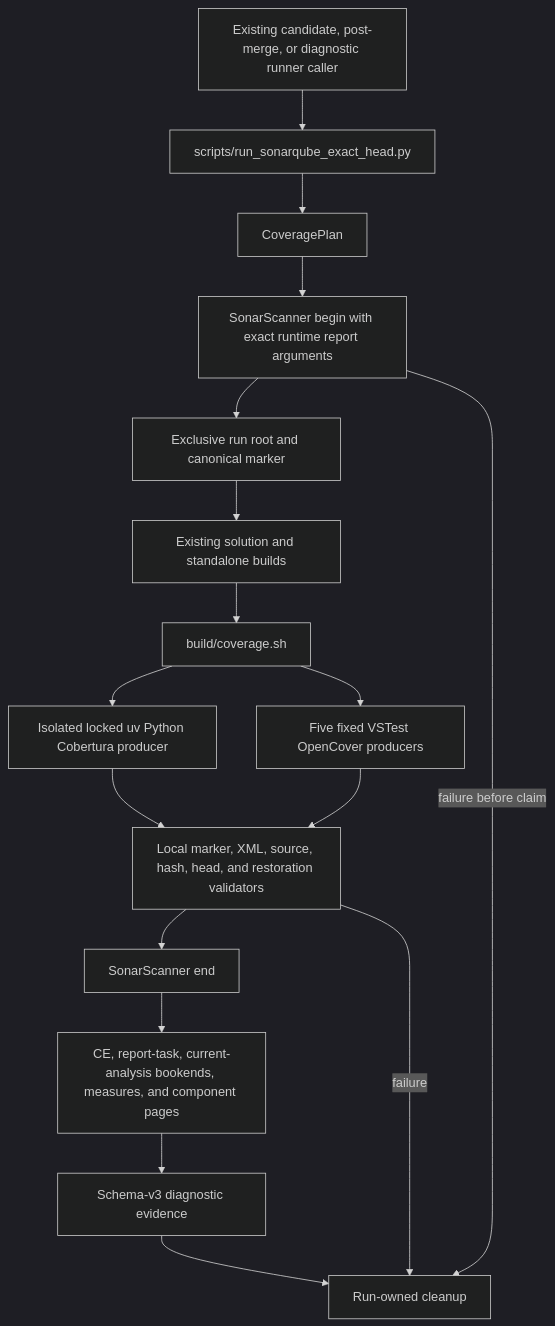
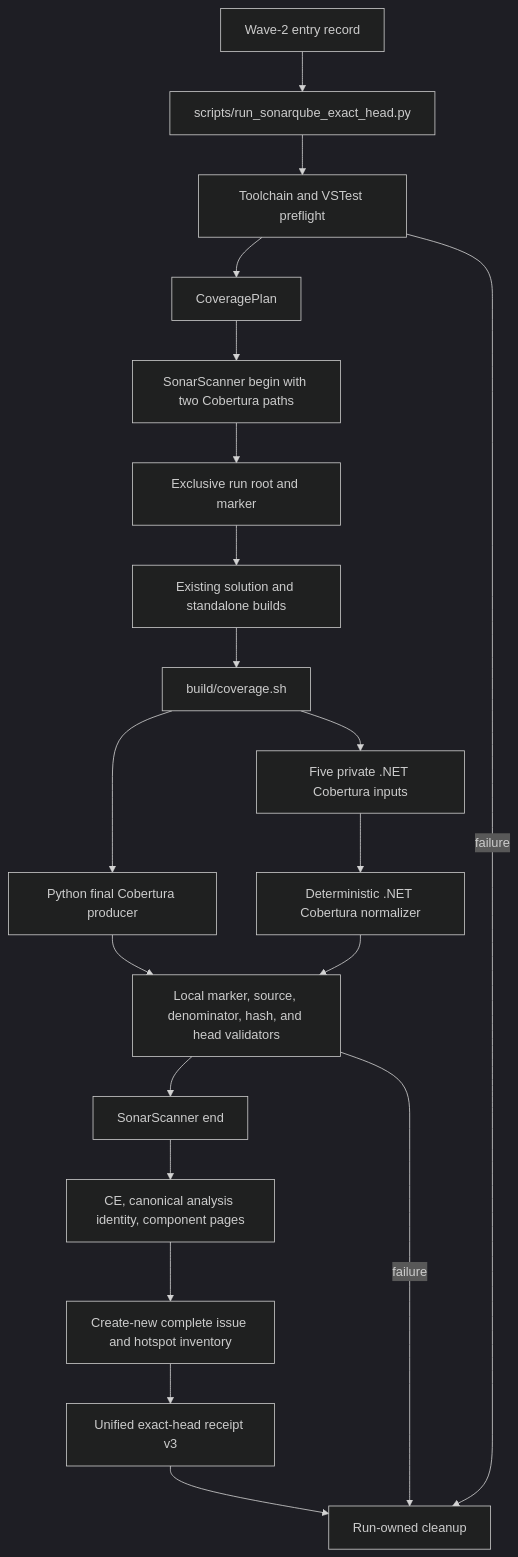
One commit to thebtf/netcoredbg-mcp changed the first of 2 diagrams in specs/014-sonarqube-coverage-producer/architecture.md. Above: the diagram before and after it, drawn with Mermaid (dark theme). The commit also changed other lines of this file and 13 other files, not shown here.

Commit message:
docs(sonar): reconcile Wave-3 coverage packet

````diff
--- a/specs/014-sonarqube-coverage-producer/architecture.md
+++ b/specs/014-sonarqube-coverage-producer/architecture.md
@@ -42,34 +30,27 @@
 ```mermaid
 flowchart TB
-  Caller[Existing candidate, post-merge, or diagnostic runner caller]
+  Entry[Wave-2 entry record]
   Runner[scripts/run_sonarqube_exact_head.py]
+  Preflight[Toolchain and VSTest preflight]
   Plan[CoveragePlan]
-  Begin[SonarScanner begin with exact runtime report arguments]
-  Claim[Exclusive run root and canonical marker]
+  Begin[SonarScanner begin with two Cobertura paths]
+  Claim[Exclusive run root and marker]
   Build[Existing solution and standalone builds]
   Producer[build/coverage.sh]
-  Py[Isolated locked uv Python Cobertura producer]
-  Dotnet[Five fixed VSTest OpenCover producers]
-  Validate[Local marker, XML, source, hash, head, and restoration validators]
+  Python[Python final Cobertura producer]
+  Inputs[Five private .NET Cobertura inputs]
+  Normalize[Deterministic .NET Cobertura normalizer]
+  Validate[Local marker, source, denominator, hash, and head validators]
   End[SonarScanner end]
-  Analysis[CE, report-task, current-analysis bookends, measures, and component pages]
-  Receipt[Schema-v3 diagnostic evidence]
+  Analysis[CE, canonical analysis identity, component pages]
+  Inventory[Create-new complete issue and hotspot inventory]
+  Receipt[Unified exact-head receipt v3]
   Cleanup[Run-owned cleanup]
 
-  Caller --> Runner
-  Runner --> Plan
-  Plan --> Begin
-  Begin --> Claim
-  Claim --> Build
-  Build --> Producer
-  Producer --> Py
-  Producer --> Dotnet
-  Py --> Validate
-  Dotnet --> Validate
-  Validate --> End
-  End --> Analysis
-  Analysis --> Receipt
-  Receipt --> Cleanup
+  Entry --> Runner --> Preflight --> Plan --> Begin --> Claim --> Build --> Producer
+  Producer --> Python --> Validate
+  Producer --> Inputs --> Normalize --> Validate
+  Validate --> End --> Analysis --> Inventory --> Receipt --> Cleanup
+  Preflight -->|failure| Cleanup
   Validate -->|failure| Cleanup
-  Begin -->|failure before claim| Cleanup
 ```
````
